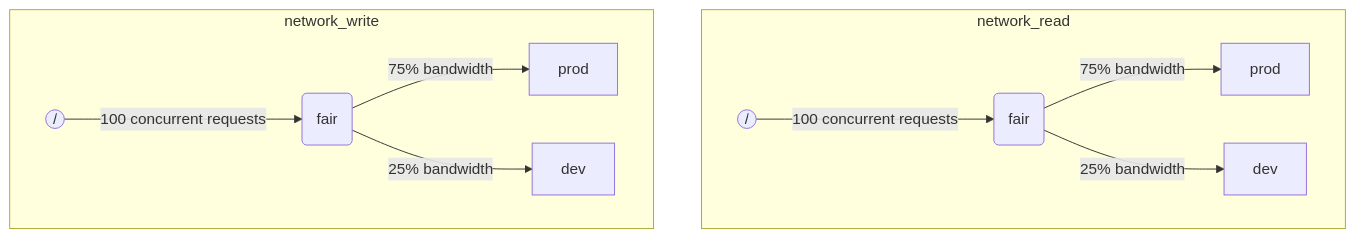
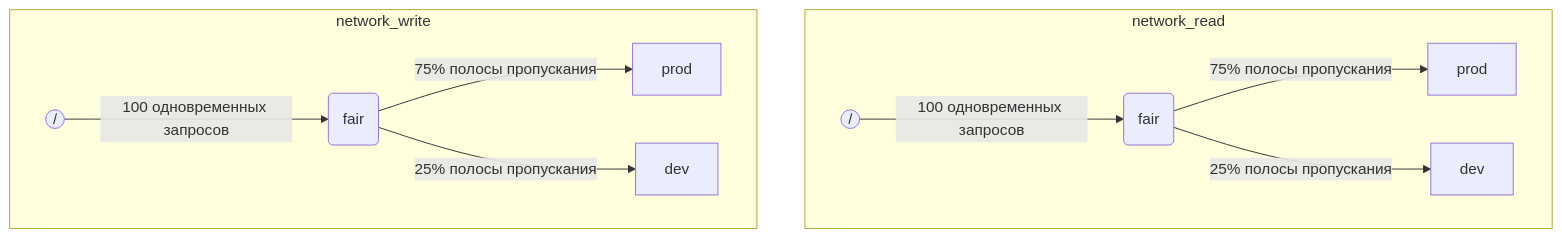
The diagram in i18n/ru/docusaurus-plugin-content-docs/current/operations/workload-scheduling.md (ClickHouse/clickhouse-docs), drawn with Mermaid before and after one commit. The commit also changed other lines of this file and 4639 other files, not shown here.

````diff
--- a/i18n/ru/docusaurus-plugin-content-docs/current/operations/workload-scheduling.md
+++ b/i18n/ru/docusaurus-plugin-content-docs/current/operations/workload-scheduling.md
@@ -93,18 +93,18 @@
 ```mermaid
 graph TD
     subgraph network_read
     nr_root(("/"))
-    -->|100 concurrent requests| nr_fair("fair")
-    -->|75% bandwidth| nr_prod["prod"]
+    -->|100 одновременных запросов| nr_fair("fair")
+    -->|75% полосы пропускания| nr_prod["prod"]
     nr_fair
-    -->|25% bandwidth| nr_dev["dev"]
+    -->|25% полосы пропускания| nr_dev["dev"]
     end
 
     subgraph network_write
     nw_root(("/"))
-    -->|100 concurrent requests| nw_fair("fair")
-    -->|75% bandwidth| nw_prod["prod"]
+    -->|100 одновременных запросов| nw_fair("fair")
+    -->|75% полосы пропускания| nw_prod["prod"]
     nw_fair
-    -->|25% bandwidth| nw_dev["dev"]
+    -->|25% полосы пропускания| nw_dev["dev"]
     end
 ```
````
